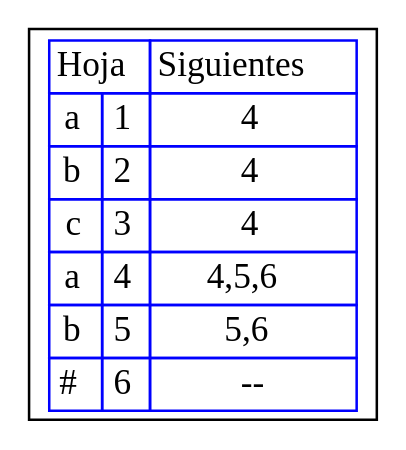
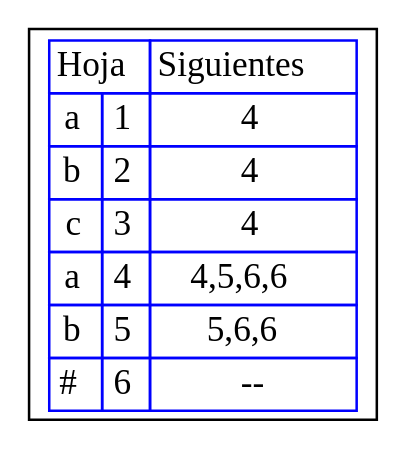
The diagram in Py1_201603028/src/SIGUIENTES_201603028/PRUEBA.dot (Racs0XD/-OLC1-Proyecto1_201603028), drawn with Graphviz before and after one commit. The commit also changed 43 other files, not shown here.

```diff
--- a/Py1_201603028/src/SIGUIENTES_201603028/PRUEBA.dot
+++ b/Py1_201603028/src/SIGUIENTES_201603028/PRUEBA.dot
@@ -1,23 +1,23 @@
 digraph G{
 rankdir=UD
 node[shape=box]
 concentrate=true
 nodo0 [ label =<<table border='0' cellborder='1' color='blue' cellspacing='0'>
 <tr><td colspan="2">Hoja</td><td>Siguientes</td></tr>
 
 <tr><td>a</td><td>1</td><td>4</td></tr>
 
 <tr><td>b</td><td>2</td><td>4</td></tr>
 
 <tr><td>c</td><td>3</td><td>4</td></tr>
 
-<tr><td>a</td><td>4</td><td>4,5,6</td></tr>
+<tr><td>a</td><td>4</td><td>4,5,6,6</td></tr>
 
-<tr><td>b</td><td>5</td><td>5,6</td></tr>
+<tr><td>b</td><td>5</td><td>5,6,6</td></tr>
 
 <tr><td>#</td><td>6</td><td>--</td></tr>
 
 </table>
 >];
 
 }
```
